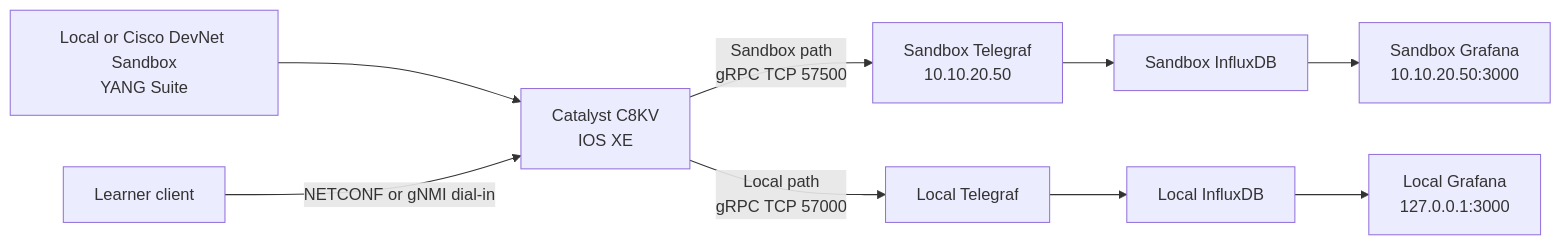
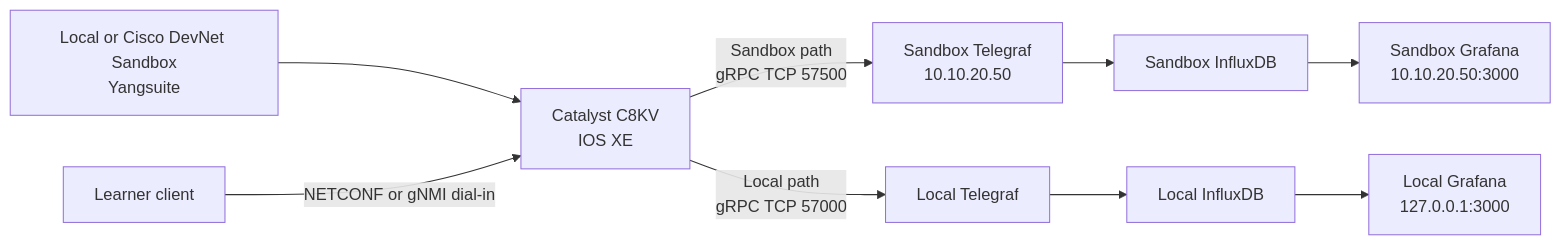
The diagram in LAB/Lab13/Lab13.md (tanthanh85/CCNPAUTO), drawn with Mermaid before and after one commit. The commit also changed other lines of this file and 21 other files, not shown here.

````diff
--- a/LAB/Lab13/Lab13.md
+++ b/LAB/Lab13/Lab13.md
@@ -24,11 +24,11 @@
 ```mermaid
 flowchart LR
-    Y["Local or Cisco DevNet Sandbox<br/>YANG Suite"] --> XE["Catalyst C8KV<br/>IOS XE"]
+    Y["Local or Cisco DevNet Sandbox<br/>Yangsuite"] --> XE["Catalyst C8KV<br/>IOS XE"]
     C["Learner client"] -->|"NETCONF or gNMI dial-in"| XE
     XE -->|"Sandbox path<br/>gRPC TCP 57500"| ST["Sandbox Telegraf<br/>10.10.20.50"]
     ST --> SI["Sandbox InfluxDB"]
     SI --> SG["Sandbox Grafana<br/>10.10.20.50:3000"]
     XE -->|"Local path<br/>gRPC TCP 57000"| LT["Local Telegraf"]
     LT --> LI["Local InfluxDB"]
     LI --> LG["Local Grafana<br/>127.0.0.1:3000"]
 ```
````
